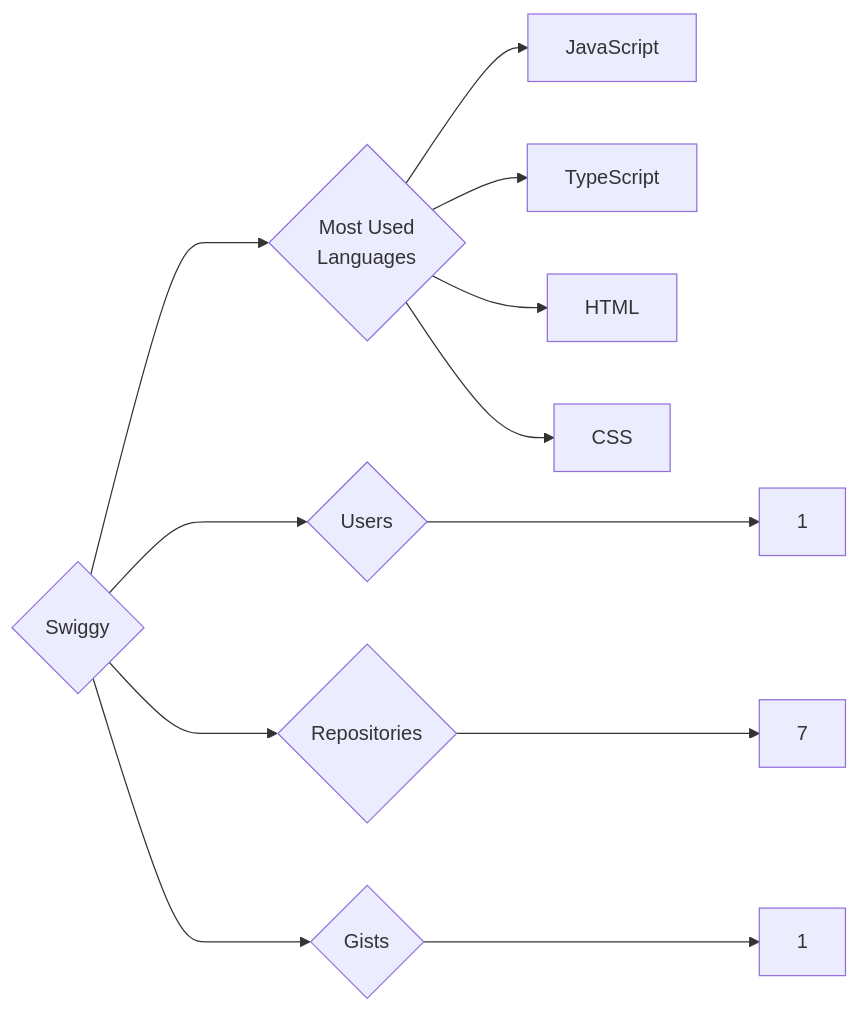
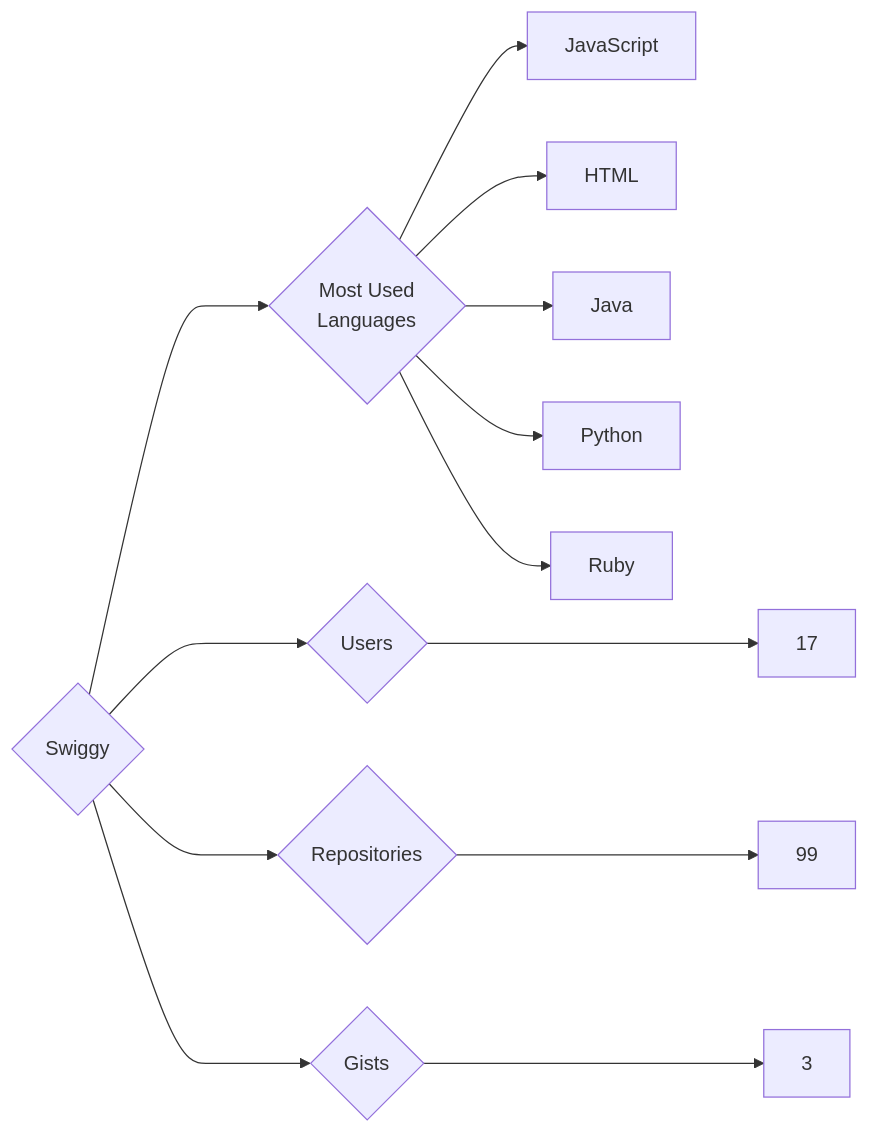
The diagram in targets/Swiggy/README.md (trickest/insiders), drawn with Mermaid before and after one commit. The commit also changed 939 other files, not shown here.

````diff
--- a/targets/Swiggy/README.md
+++ b/targets/Swiggy/README.md
@@ -3,12 +3,13 @@
 ```mermaid
 graph LR
 COMPANY_NAME{Swiggy}
-COMPANY_NAME ---> U{Users} ---> UN[1]
-COMPANY_NAME ---> R{Repositories} ---> RN[7]
-COMPANY_NAME ---> G{Gists} ---> GN[1]
+COMPANY_NAME ---> U{Users} ---> UN[17]
+COMPANY_NAME ---> R{Repositories} ---> RN[99]
+COMPANY_NAME ---> G{Gists} ---> GN[3]
 COMPANY_NAME ---> ML{Most Used<br>Languages}
 ML --> JavaScript[JavaScript]
-ML --> TypeScript[TypeScript]
 ML --> HTML[HTML]
-ML --> CSS[CSS]
+ML --> Java[Java]
+ML --> Python[Python]
+ML --> Ruby[Ruby]
 ```
````
